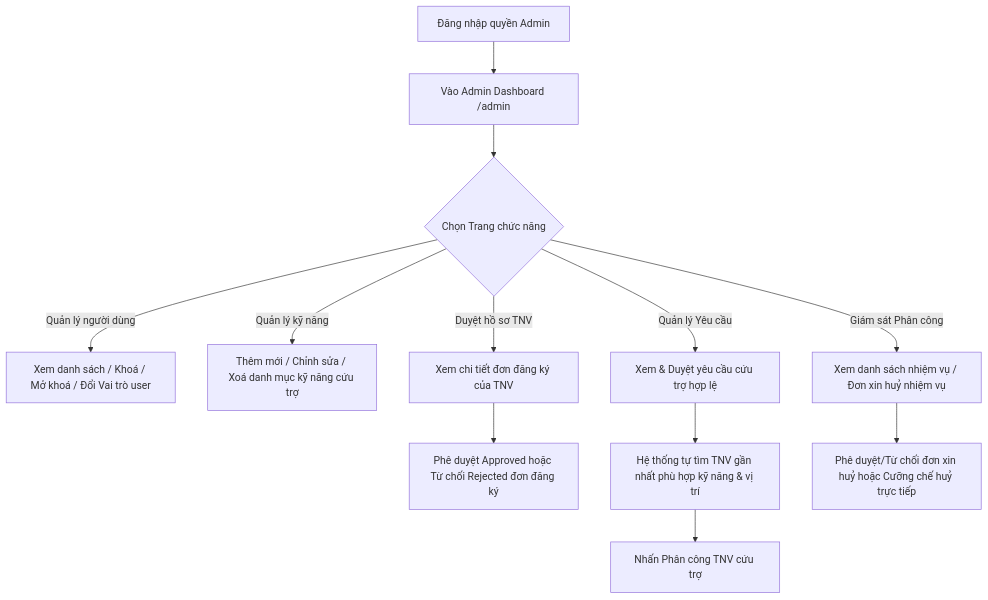
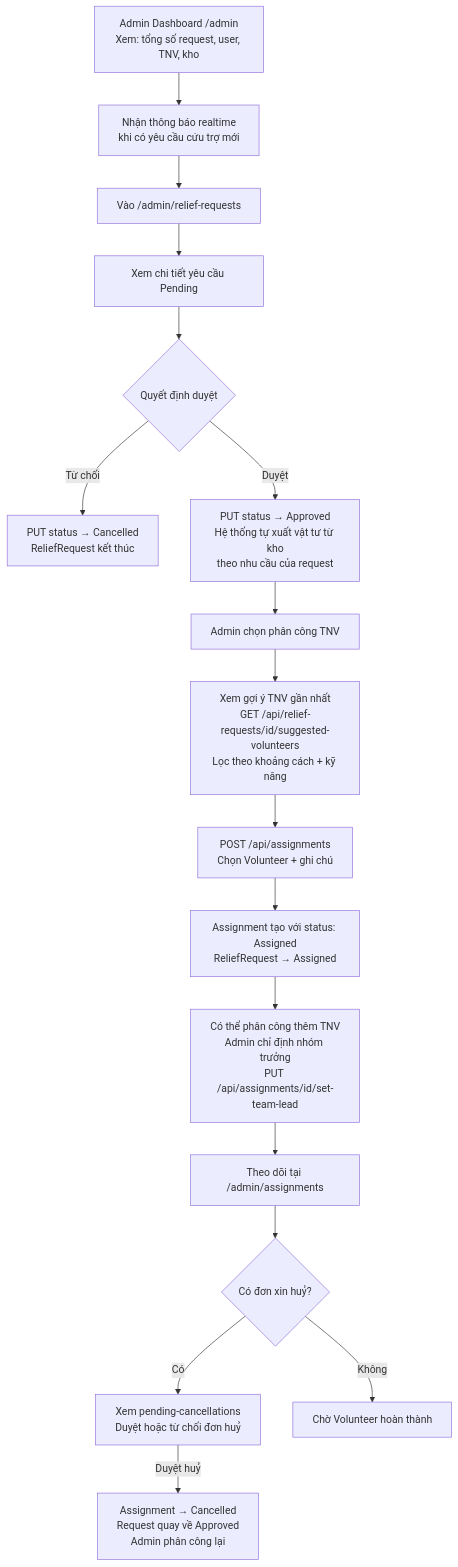
The seventh of 11 diagrams in README.md (Relief-Platform/FRONTEND), drawn with Mermaid before and after one commit. The commit also changed other lines of this file, not shown here.

````diff
--- a/README.md
+++ b/README.md
@@ -303,19 +415,19 @@
 ```mermaid
 graph TD
-    A[Đăng nhập quyền Admin] --> B[Vào Admin Dashboard /admin]
-    B --> C{Chọn Trang chức năng}
-    
-    C -- Quản lý người dùng --> D[Xem danh sách / Khoá / Mở khoá / Đổi Vai trò user]
-    
-    C -- Quản lý kỹ năng --> E[Thêm mới / Chỉnh sửa / Xoá danh mục kỹ năng cứu trợ]
-    
-    C -- Duyệt hồ sơ TNV --> F[Xem chi tiết đơn đăng ký của TNV]
-    F --> G[Phê duyệt Approved hoặc Từ chối Rejected đơn đăng ký]
-    
-    C -- Quản lý Yêu cầu --> H[Xem & Duyệt yêu cầu cứu trợ hợp lệ]
-    H --> I[Hệ thống tự tìm TNV gần nhất phù hợp kỹ năng & vị trí]
-    I --> J[Nhấn Phân công TNV cứu trợ]
-    
-    C -- Giám sát Phân công --> K[Xem danh sách nhiệm vụ / Đơn xin huỷ nhiệm vụ]
-    K --> L[Phê duyệt/Từ chối đơn xin huỷ hoặc Cưỡng chế huỷ trực tiếp]
+    A[Admin Dashboard /admin\nXem: tổng số request, user, TNV, kho] --> B[Nhận thông báo realtime\nkhi có yêu cầu cứu trợ mới]
+    B --> C[Vào /admin/relief-requests]
+    C --> D[Xem chi tiết yêu cầu Pending]
+    D --> E{Quyết định duyệt}
+    E -- Từ chối --> F[PUT status → Cancelled\nReliefRequest kết thúc]
+    E -- Duyệt --> G[PUT status → Approved\nHệ thống tự xuất vật tư từ kho\ntheo nhu cầu của request]
+    G --> H[Admin chọn phân công TNV]
+    H --> I[Xem gợi ý TNV gần nhất\nGET /api/relief-requests/id/suggested-volunteers\nLọc theo khoảng cách + kỹ năng]
+    I --> J[POST /api/assignments\nChọn Volunteer + ghi chú]
+    J --> K[Assignment tạo với status: Assigned\nReliefRequest → Assigned]
+    K --> L[Có thể phân công thêm TNV\nAdmin chỉ định nhóm trưởng\nPUT /api/assignments/id/set-team-lead]
+    L --> M[Theo dõi tại /admin/assignments]
+    M --> N{Có đơn xin huỷ?}
+    N -- Có --> O[Xem pending-cancellations\nDuyệt hoặc từ chối đơn huỷ]
+    N -- Không --> P[Chờ Volunteer hoàn thành]
+    O -- Duyệt huỷ --> Q[Assignment → Cancelled\nRequest quay về Approved\nAdmin phân công lại]
 ```
````
